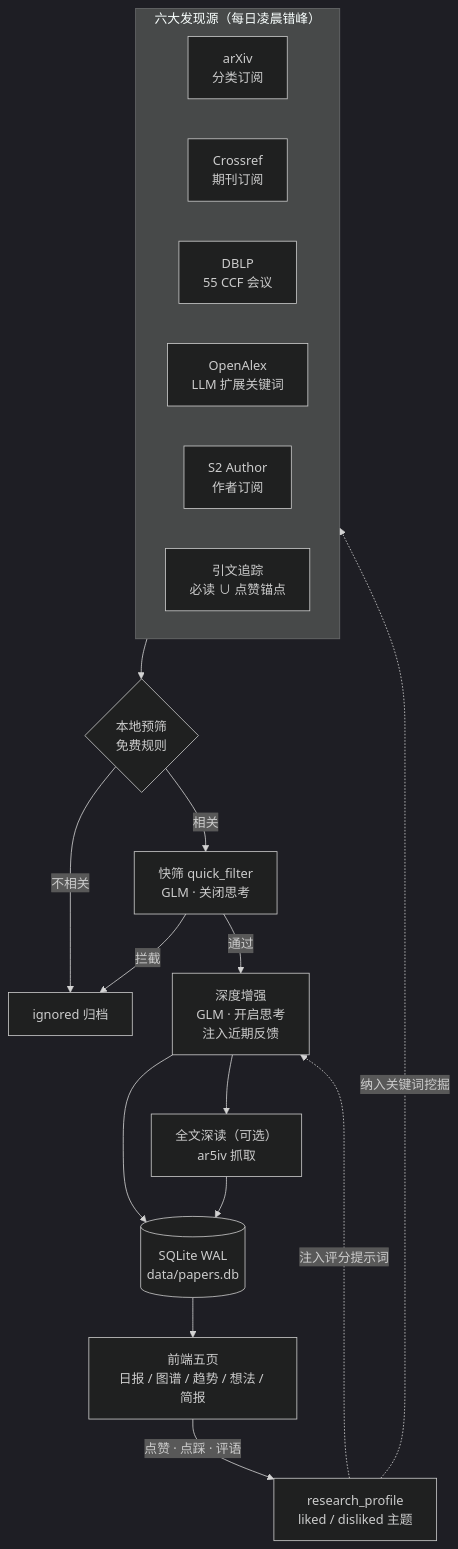
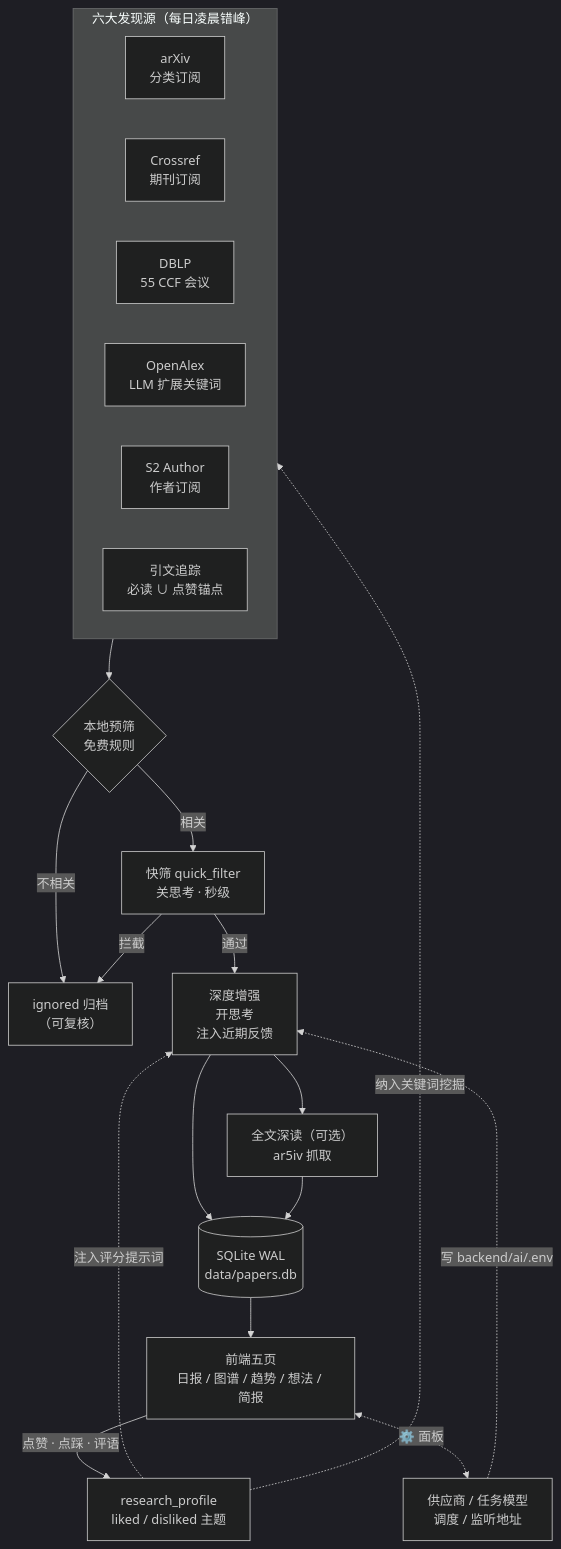
One commit to CHGeronimo/arXiv- changed the diagram in README.md. Above: the diagram before and after it, drawn with Mermaid (dark theme). The commit also changed other lines of this file and 1 other file, not shown here.

````diff
--- a/README.md
+++ b/README.md
@@ -37,24 +86,26 @@
 ```mermaid
 flowchart TB
     subgraph SRC["六大发现源（每日凌晨错峰）"]
         direction LR
         A["arXiv<br/>分类订阅"]
         B["Crossref<br/>期刊订阅"]
         C["DBLP<br/>55 CCF 会议"]
         D["OpenAlex<br/>LLM 扩展关键词"]
         E["S2 Author<br/>作者订阅"]
         F["引文追踪<br/>必读 ∪ 点赞锚点"]
     end
     SRC --> P{"本地预筛<br/>免费规则"}
-    P -->|相关| Q["快筛 quick_filter<br/>GLM · 关闭思考"]
-    P -->|不相关| IG["ignored 归档"]
-    Q -->|通过| H["深度增强<br/>GLM · 开启思考<br/>注入近期反馈"]
+    P -->|相关| Q["快筛 quick_filter<br/>关思考 · 秒级"]
+    P -->|不相关| IG["ignored 归档<br/>（可复核）"]
+    Q -->|通过| H["深度增强<br/>开思考<br/>注入近期反馈"]
     Q -->|拦截| IG
     H --> FT["全文深读（可选）<br/>ar5iv 抓取"]
     H --> DB[("SQLite WAL<br/>data/papers.db")]
     FT --> DB
     DB --> UI["前端五页<br/>日报 / 图谱 / 趋势 / 想法 / 简报"]
     UI -->|"点赞 · 点踩 · 评语"| PR["research_profile<br/>liked / disliked 主题"]
     PR -.->|注入评分提示词| H
     PR -.->|纳入关键词挖掘| D
+    UI <.->|"⚙️ 面板"| CFG["供应商 / 任务模型<br/>调度 / 监听地址"]
+    CFG -.->|写 backend/ai/.env| H
 ```
````
